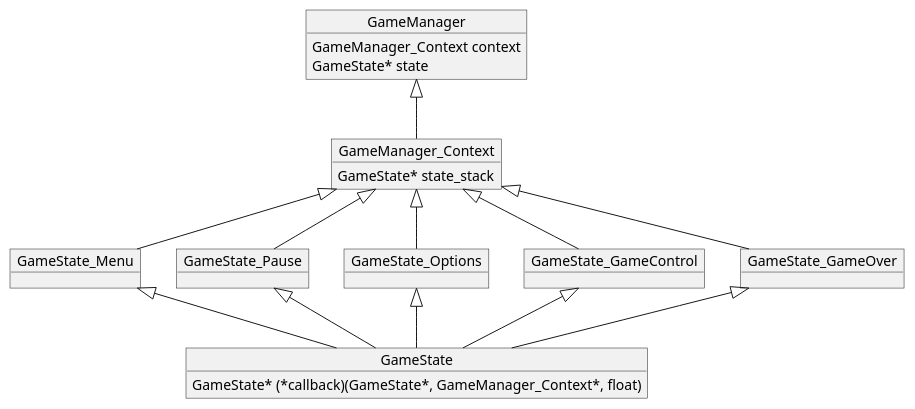
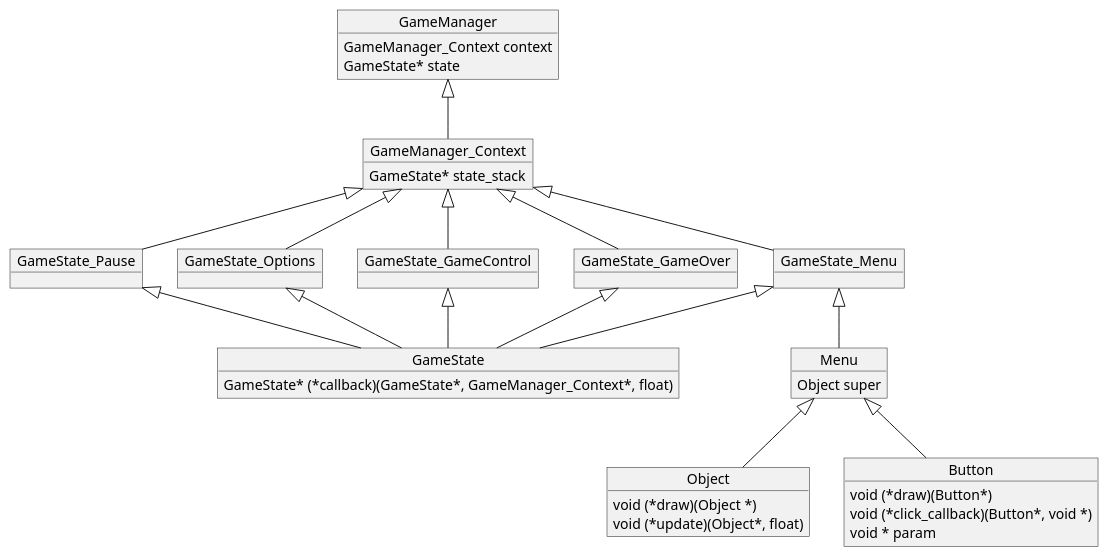
One commit to sooneoo/cuboria changed the diagram in doc/arch.puml. Above: the diagram before and after it, drawn with PlantUML. The commit also changed 16 other files, not shown here.

```diff
--- a/doc/arch.puml
+++ b/doc/arch.puml
@@ -1,35 +1,57 @@
 @startuml
 
 object GameState {
     GameState* (*callback)(GameState*, GameManager_Context*, float)
 }
 
 object GameManager_Context {
     GameState* state_stack
 }
 
 object GameState_Menu
 object GameState_Pause
 object GameState_Options
 object GameState_GameControl
 object GameState_GameOver
 
 object GameManager {
     GameManager_Context context
     GameState* state
 }
 
+object Object {
+    void (*draw)(Object *)
+    void (*update)(Object*, float)
+}
+
+object Button {
+    void (*draw)(Button*)
+    void (*click_callback)(Button*, void *)
+    void * param
+}
+
+
+object Menu {
+    Object super
+}
+
+
 GameManager <|-- GameManager_Context
 GameManager_Context <|-- GameState_Menu
 GameManager_Context <|-- GameState_Pause
 GameManager_Context <|-- GameState_Options
 GameManager_Context <|-- GameState_GameControl
 GameManager_Context <|-- GameState_GameOver
 
 GameState_Menu <|-- GameState
 GameState_Pause <|-- GameState
 GameState_Options <|-- GameState
 GameState_GameControl <|-- GameState
 GameState_GameOver <|-- GameState
 
+Menu <|-- Object
+Menu <|-- Button
+
+GameState_Menu <|-- Menu
+
 @enduml
```
